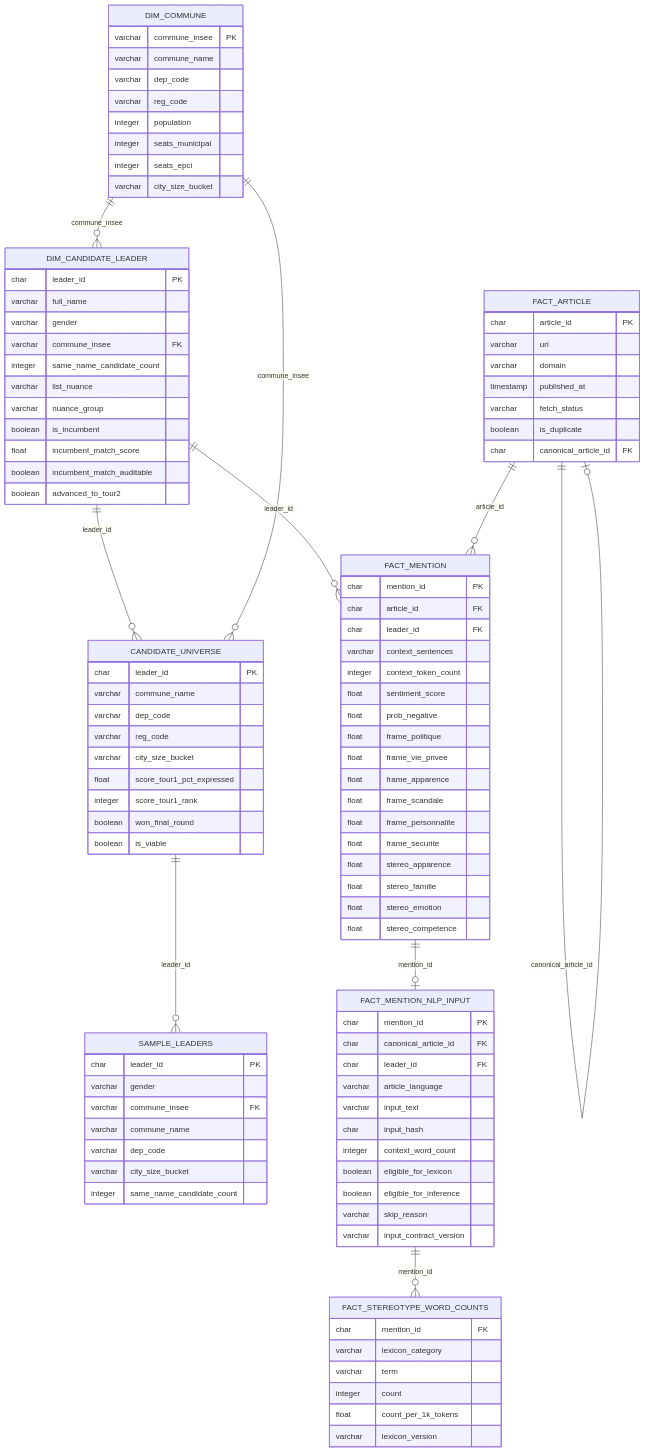
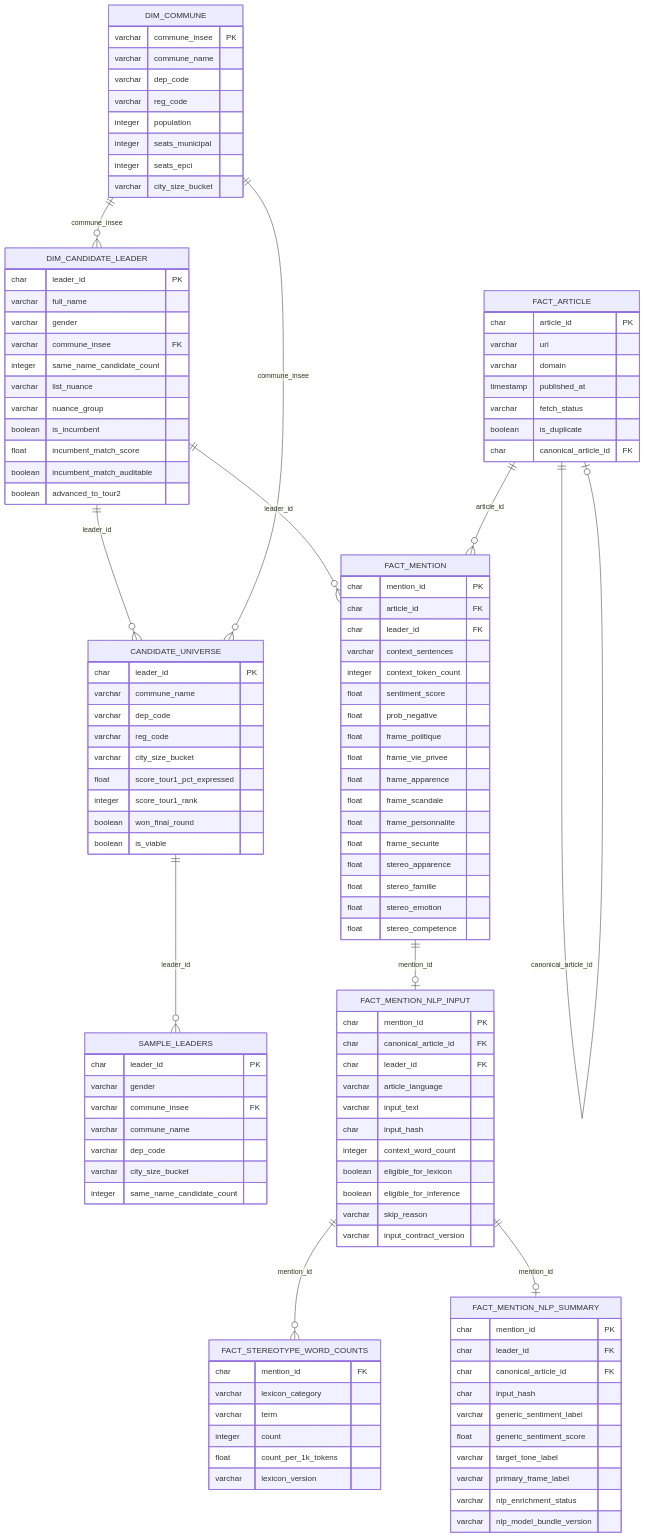
The second of 2 diagrams in docs/architecture.md (cchoooots98/election-gender-bias_D4W), drawn with Mermaid before and after one commit. The commit also changed other lines of this file and 2 other files, not shown here.

First line of the commit message:
docs(nlp): update architecture, data model, and metric dictionary for NLP phases

````diff
--- a/docs/architecture.md
+++ b/docs/architecture.md
@@ -217,6 +221,19 @@
         varchar lexicon_version
     }
 
+    FACT_MENTION_NLP_SUMMARY {
+        char    mention_id PK
+        char    leader_id FK
+        char    canonical_article_id FK
+        char    input_hash
+        varchar generic_sentiment_label
+        float   generic_sentiment_score
+        varchar target_tone_label
+        varchar primary_frame_label
+        varchar nlp_enrichment_status
+        varchar nlp_model_bundle_version
+    }
+
     DIM_COMMUNE ||--o{ DIM_CANDIDATE_LEADER : "commune_insee"
     DIM_CANDIDATE_LEADER ||--o{ CANDIDATE_UNIVERSE : "leader_id"
     DIM_COMMUNE ||--o{ CANDIDATE_UNIVERSE : "commune_insee"
@@ -226,4 +243,5 @@
     FACT_ARTICLE ||--o| FACT_ARTICLE : "canonical_article_id"
     FACT_MENTION ||--o| FACT_MENTION_NLP_INPUT : "mention_id"
     FACT_MENTION_NLP_INPUT ||--o{ FACT_STEREOTYPE_WORD_COUNTS : "mention_id"
+    FACT_MENTION_NLP_INPUT ||--o| FACT_MENTION_NLP_SUMMARY : "mention_id"
 ```
````
